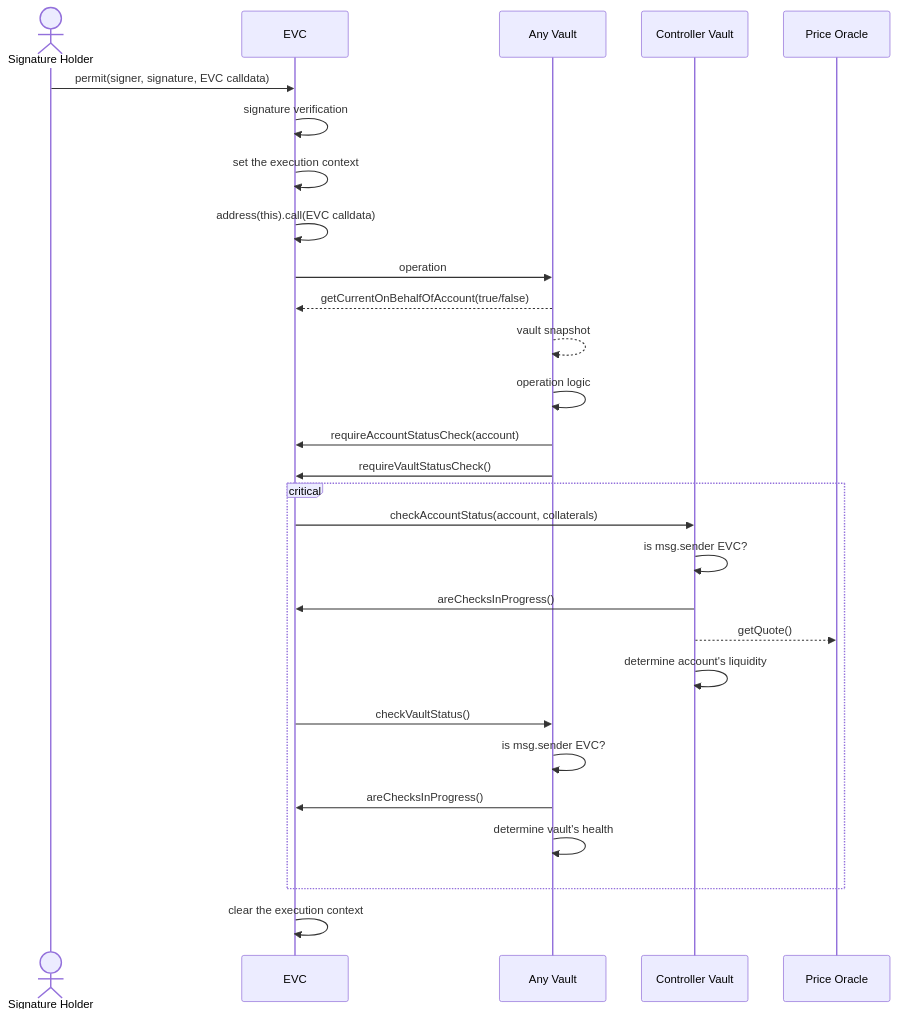
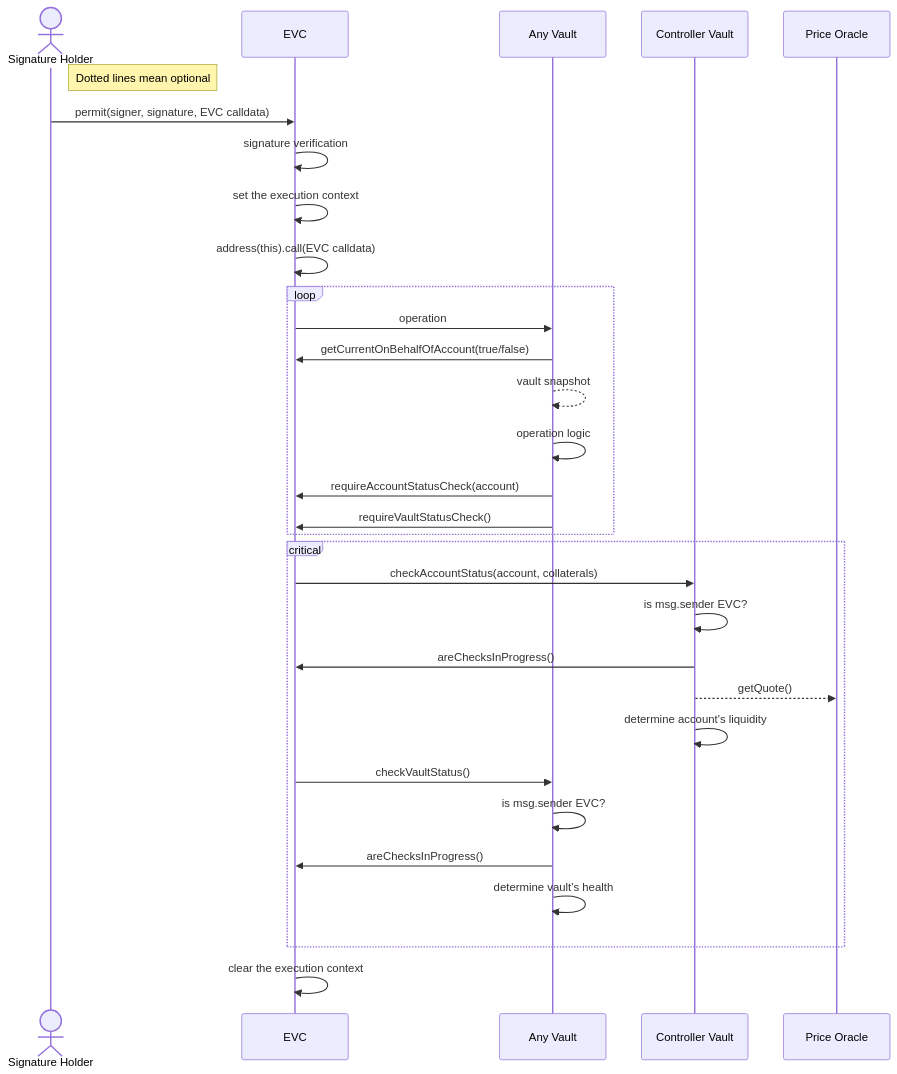
The diagram in docs/diagrams/EVC Permit Vault Interaction Sequence.md (seinj0312/ethereum-vault-connector), drawn with Mermaid before and after one commit. The commit also changed 6 other files, not shown here.

````diff
--- a/docs/diagrams/EVC Permit Vault Interaction Sequence.md
+++ b/docs/diagrams/EVC Permit Vault Interaction Sequence.md
@@ -1,35 +1,38 @@
 ```mermaid
 sequenceDiagram
     actor Signature Holder
+    Note right of Signature Holder: Dotted lines mean optional
     participant EVC
     participant Any Vault
     participant Controller Vault
     participant Price Oracle
 
     Signature Holder->>EVC: permit(signer, signature, EVC calldata)
     EVC->>EVC: signature verification
     EVC->>EVC: set the execution context
     EVC->>EVC: address(this).call(EVC calldata)
 
-    EVC->>Any Vault: operation
-    Any Vault-->>EVC: getCurrentOnBehalfOfAccount(true/false)
-    Any Vault-->>Any Vault: vault snapshot
-    Any Vault->>Any Vault: operation logic
-    Any Vault->>EVC: requireAccountStatusCheck(account)
-    Any Vault->>EVC: requireVaultStatusCheck()
+    loop 
+        EVC->>Any Vault: operation
+        Any Vault->>EVC: getCurrentOnBehalfOfAccount(true/false)
+        Any Vault-->>Any Vault: vault snapshot
+        Any Vault->>Any Vault: operation logic
+        Any Vault->>EVC: requireAccountStatusCheck(account)
+        Any Vault->>EVC: requireVaultStatusCheck()
+    end
 
     critical
         EVC->>Controller Vault: checkAccountStatus(account, collaterals)
         Controller Vault->>Controller Vault: is msg.sender EVC?
         Controller Vault->>EVC: areChecksInProgress()
         Controller Vault-->>Price Oracle: getQuote()
         Controller Vault->>Controller Vault: determine account's liquidity
 
         EVC->>Any Vault: checkVaultStatus()
         Any Vault->>Any Vault: is msg.sender EVC?
         Any Vault->>EVC: areChecksInProgress()
         Any Vault->>Any Vault: determine vault's health
     end
 
     EVC->>EVC: clear the execution context
 ```
````
